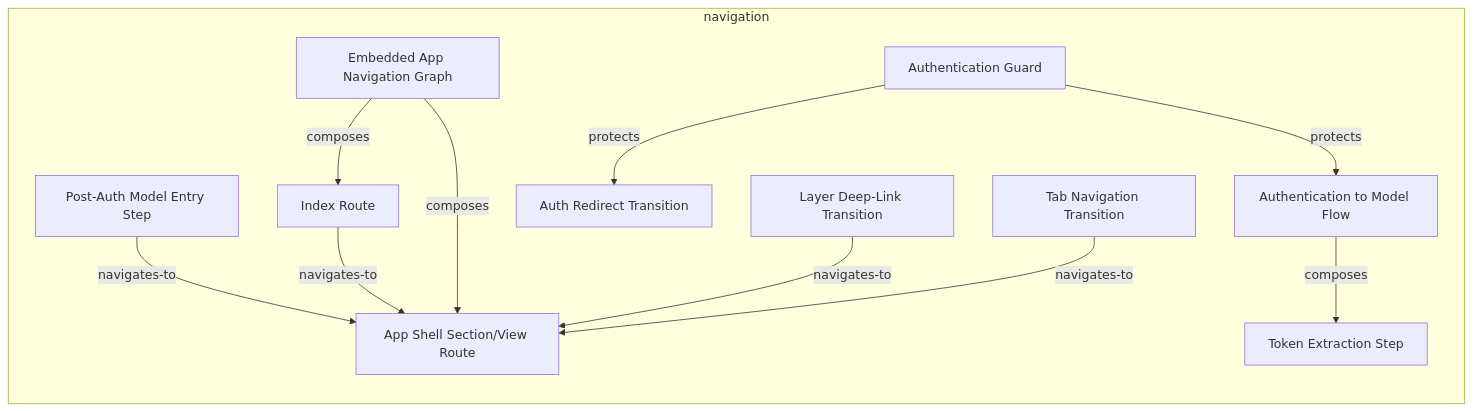
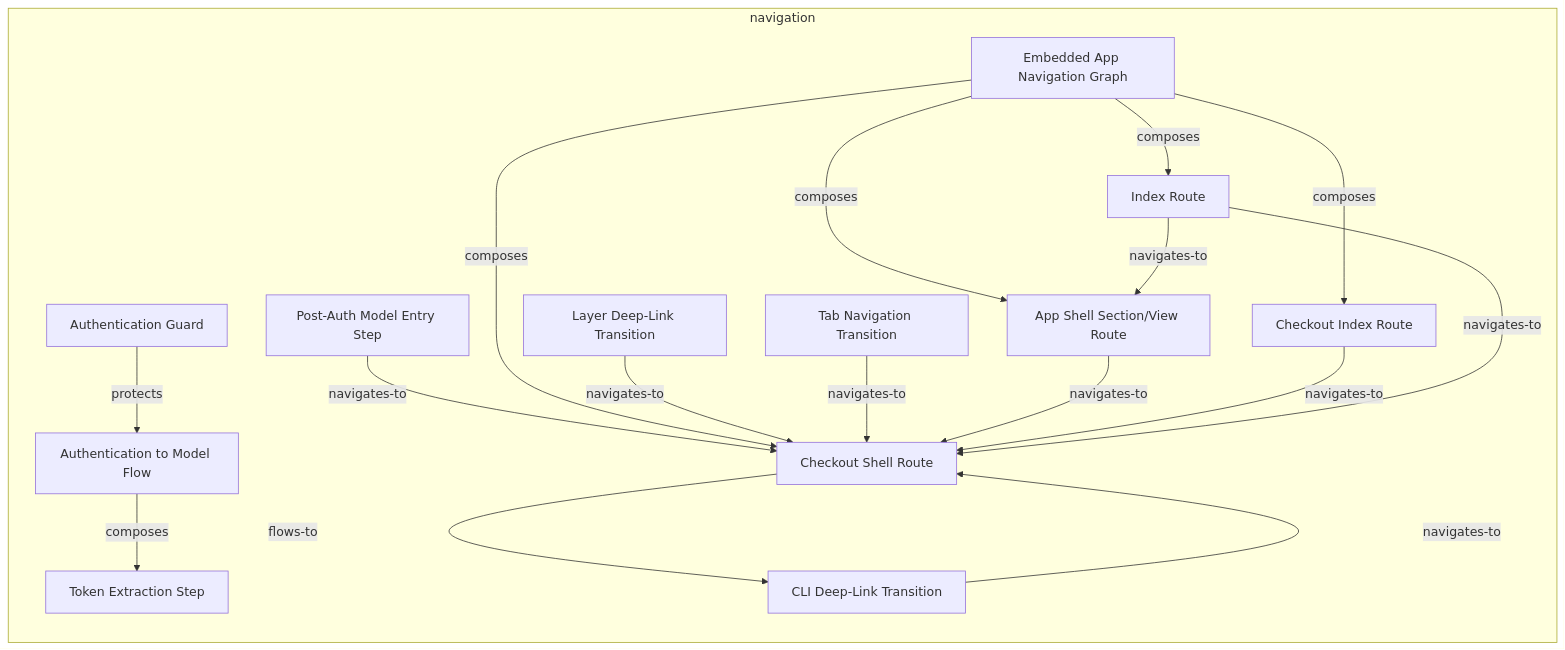
The first of 2 diagrams in documentation-robotics/reports/11-navigation-layer-report.md (tinkermonkey/documentation_robotics_viewer), drawn with Mermaid before and after one commit. The commit also changed other lines of this file and 29 other files, not shown here.

First line of the commit message:
model: land scoped-checkout-routes (#623)

````diff
--- a/documentation-robotics/reports/11-navigation-layer-report.md
+++ b/documentation-robotics/reports/11-navigation-layer-report.md
@@ -32,24 +32,32 @@
 ```mermaid
 flowchart LR
   subgraph navigation
     navigation_flowstep_post_auth_model_entry_step["Post-Auth Model Entry Step"]
     navigation_flowstep_token_extraction_step["Token Extraction Step"]
     navigation_navigationflow_authentication_to_model_flow["Authentication to Model Flow"]
     navigation_navigationgraph_embedded_app_navigation_graph["Embedded App Navigation Graph"]
     navigation_navigationguard_authentication_guard["Authentication Guard"]
-    navigation_navigationtransition_auth_redirect_transition["Auth Redirect Transition"]
+    navigation_navigationtransition_cli_deep_link_transition["CLI Deep-Link Transition"]
     navigation_navigationtransition_layer_deep_link_transition["Layer Deep-Link Transition"]
     navigation_navigationtransition_tab_navigation_transition["Tab Navigation Transition"]
     navigation_route_app_shell_sectionview_route["App Shell Section/View Route"]
+    navigation_route_checkout_index_route["Checkout Index Route"]
+    navigation_route_checkout_shell_route["Checkout Shell Route"]
     navigation_route_index_route["Index Route"]
-    navigation_flowstep_post_auth_model_entry_step -->|navigates-to| navigation_route_app_shell_sectionview_route
+    navigation_flowstep_post_auth_model_entry_step -->|navigates-to| navigation_route_checkout_shell_route
     navigation_navigationflow_authentication_to_model_flow -->|composes| navigation_flowstep_token_extraction_step
     navigation_navigationgraph_embedded_app_navigation_graph -->|composes| navigation_route_app_shell_sectionview_route
+    navigation_navigationgraph_embedded_app_navigation_graph -->|composes| navigation_route_checkout_index_route
+    navigation_navigationgraph_embedded_app_navigation_graph -->|composes| navigation_route_checkout_shell_route
     navigation_navigationgraph_embedded_app_navigation_graph -->|composes| navigation_route_index_route
     navigation_navigationguard_authentication_guard -->|protects| navigation_navigationflow_authentication_to_model_flow
-    navigation_navigationguard_authentication_guard -->|protects| navigation_navigationtransition_auth_redirect_transition
-    navigation_navigationtransition_layer_deep_link_transition -->|navigates-to| navigation_route_app_shell_sectionview_route
-    navigation_navigationtransition_tab_navigation_transition -->|navigates-to| navigation_route_app_shell_sectionview_route
+    navigation_navigationtransition_cli_deep_link_transition -->|navigates-to| navigation_route_checkout_shell_route
+    navigation_navigationtransition_layer_deep_link_transition -->|navigates-to| navigation_route_checkout_shell_route
+    navigation_navigationtransition_tab_navigation_transition -->|navigates-to| navigation_route_checkout_shell_route
+    navigation_route_app_shell_sectionview_route -->|navigates-to| navigation_route_checkout_shell_route
+    navigation_route_checkout_index_route -->|navigates-to| navigation_route_checkout_shell_route
+    navigation_route_checkout_shell_route -->|flows-to| navigation_navigationtransition_cli_deep_link_transition
     navigation_route_index_route -->|navigates-to| navigation_route_app_shell_sectionview_route
+    navigation_route_index_route -->|navigates-to| navigation_route_checkout_shell_route
   end
 ```
````
